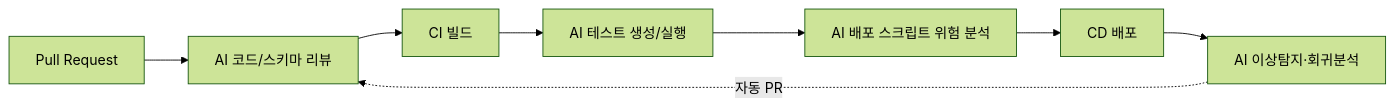
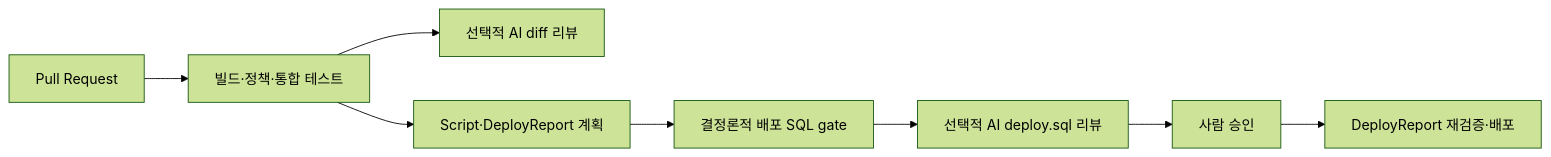
One commit to DalBamS/AzureDevOps-SQLMI-CICD-AI changed the third of 3 diagrams in docs/프로젝트-계획-초안.md. Above: the diagram before and after it, drawn with Mermaid (forest theme). The commit also changed other lines of this file and 7 other files, not shown here.

````diff
--- a/docs/프로젝트-계획-초안.md
+++ b/docs/프로젝트-계획-초안.md
@@ -263,10 +267,10 @@
 ```mermaid
 flowchart LR
-    PR[Pull Request] --> R1[AI 코드/스키마 리뷰]
-    R1 --> B[CI 빌드]
-    B --> T[AI 테스트 생성/실행]
-    T --> S[AI 배포 스크립트 위험 분석]
-    S --> D[CD 배포]
-    D --> M[AI 이상탐지·회귀분석]
-    M -.자동 PR.-> R1
+    PR[Pull Request] --> B[빌드·정책·통합 테스트]
+    B --> R1[선택적 AI diff 리뷰]
+    B --> P[Script·DeployReport 계획]
+    P --> G[결정론적 배포 SQL gate]
+    G --> R2[선택적 AI deploy.sql 리뷰]
+    R2 --> A[사람 승인]
+    A --> D[DeployReport 재검증·배포]
 ```
````
